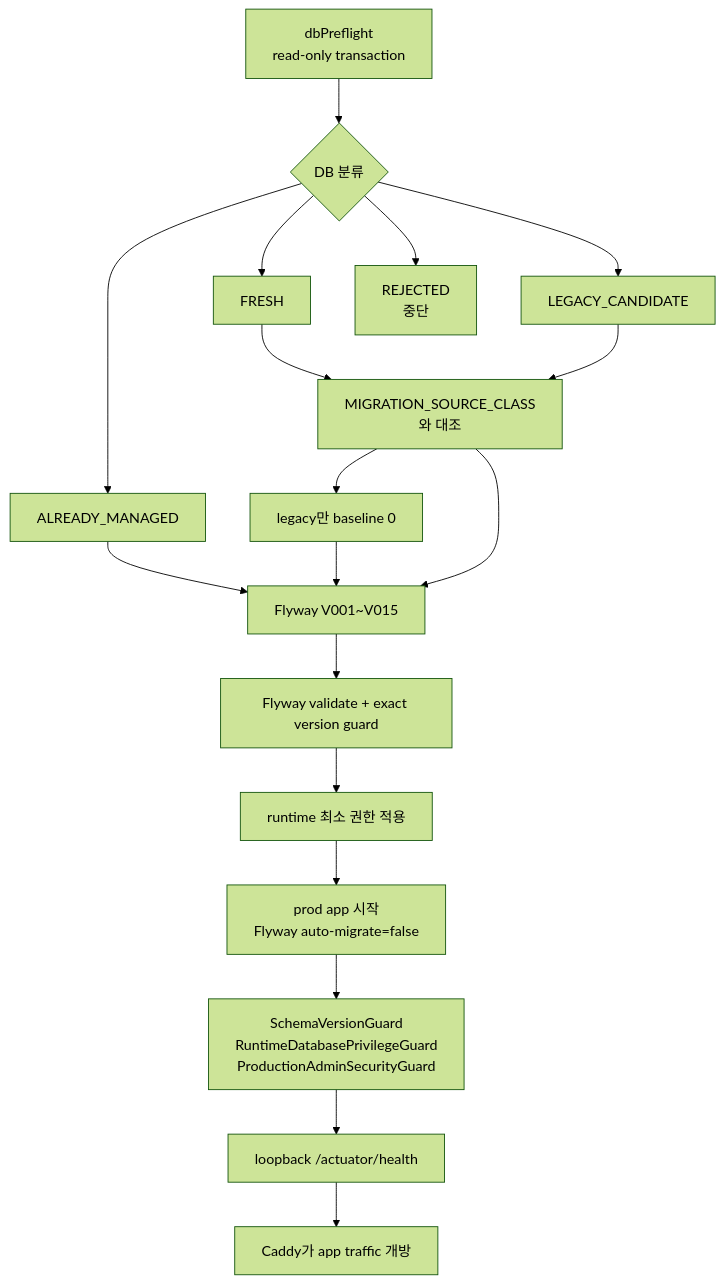
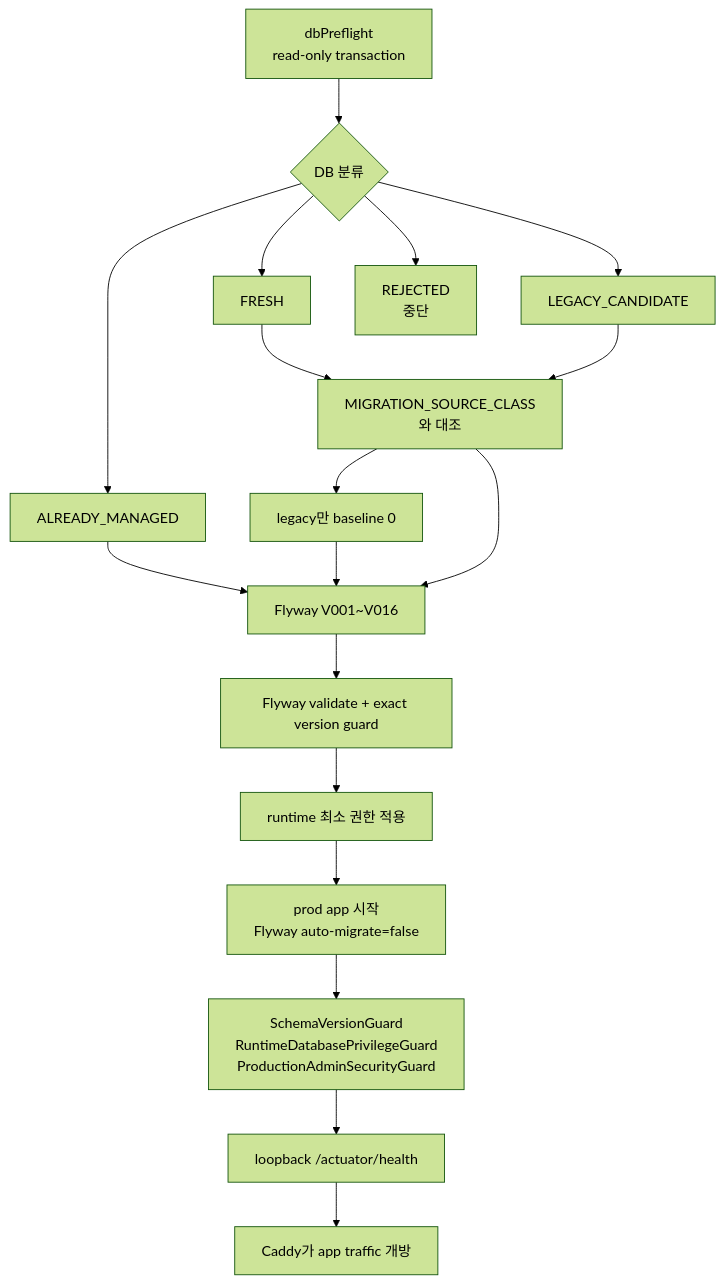
One commit to jinhokingofworld/attend changed diagram 23 of 25 in docs/CURRENT_CODE_STUDY_GUIDE.md. Above: the diagram before and after it, drawn with Mermaid (forest theme). The commit also changed other lines of this file and 38 other files, not shown here.

````diff
--- a/docs/CURRENT_CODE_STUDY_GUIDE.md
+++ b/docs/CURRENT_CODE_STUDY_GUIDE.md
@@ -782,27 +782,27 @@
 ```mermaid
 flowchart TD
     Preflight["dbPreflight<br/>read-only transaction"]
     Class{"DB 분류"}
     Fresh["FRESH"]
     Legacy["LEGACY_CANDIDATE"]
     Managed["ALREADY_MANAGED"]
     Reject["REJECTED<br/>중단"]
     Approval["MIGRATION_SOURCE_CLASS와 대조"]
     Baseline["legacy만 baseline 0"]
-    Migrate["Flyway V001~V015"]
+    Migrate["Flyway V001~V016"]
     Validate["Flyway validate + exact version guard"]
     Grants["runtime 최소 권한 적용"]
     Start["prod app 시작<br/>Flyway auto-migrate=false"]
     RuntimeGuard["SchemaVersionGuard<br/>RuntimeDatabasePrivilegeGuard<br/>ProductionAdminSecurityGuard"]
     Health["loopback /actuator/health"]
     Proxy["Caddy가 app traffic 개방"]
 
     Preflight --> Class
     Class --> Fresh --> Approval
     Class --> Legacy --> Approval
     Class --> Managed --> Migrate
     Class --> Reject
     Approval --> Baseline --> Migrate
     Approval --> Migrate
     Migrate --> Validate --> Grants --> Start --> RuntimeGuard --> Health --> Proxy
 ```
````
